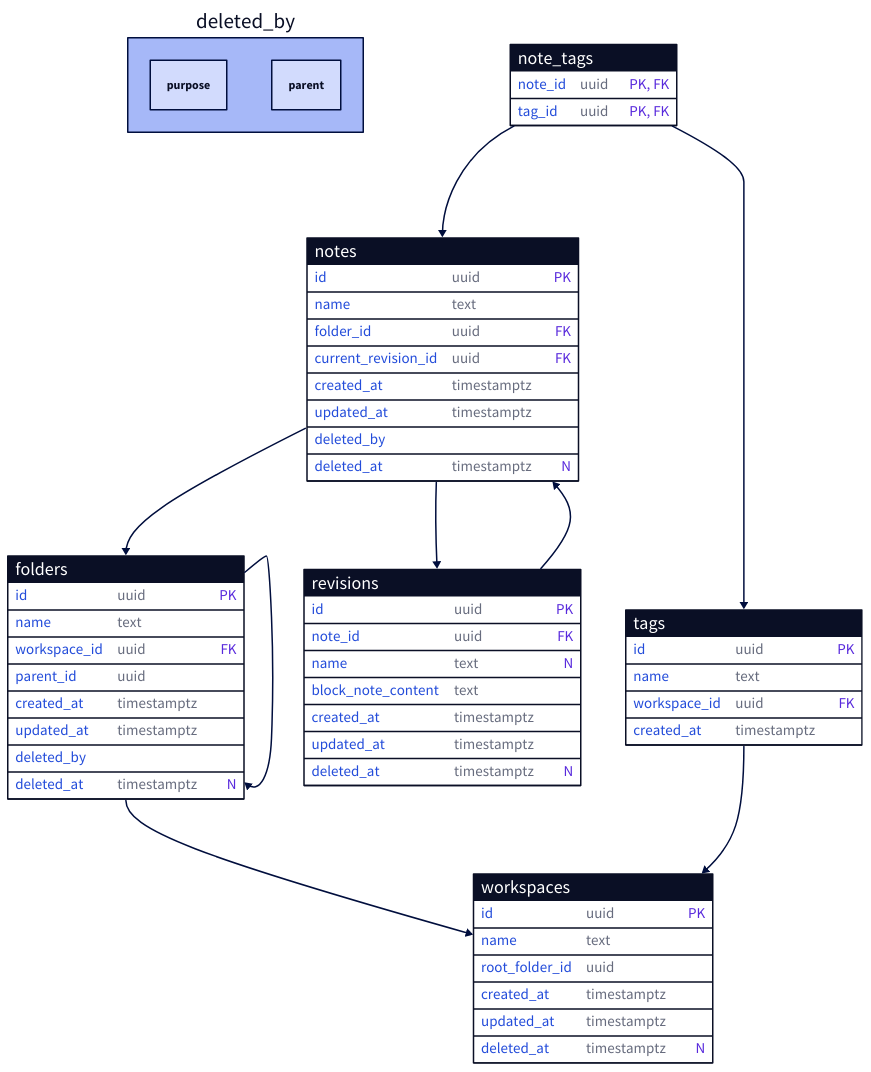
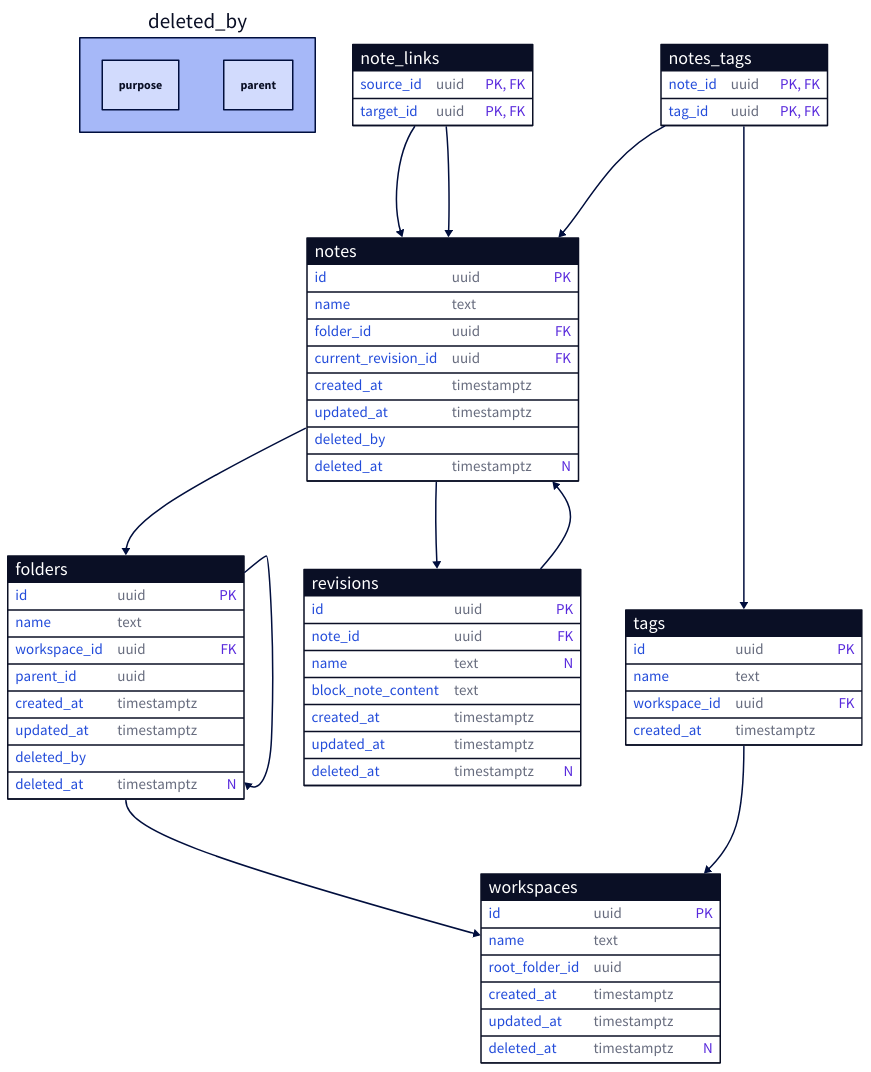
The first of 2 diagrams in docs/src/docs/database.md (notopia-uit/notopia), drawn with D2 before and after one commit. The commit also changed 1 other file, not shown here.

Commit message:
fix(docs): note should only store the outgoing link

````diff
--- a/docs/src/docs/database.md
+++ b/docs/src/docs/database.md
@@ -60,6 +60,13 @@
   shape: sql_table
 }
 
+note_links: {
+  source_id: uuid {constraint: PK, FK}
+  target_id: uuid {constraint: PK, FK}
+
+  shape: sql_table
+}
+
 tags: {
   id: uuid {constraint: PK}
   name: text
@@ -69,7 +76,7 @@
   shape: sql_table
 }
 
-note_tags: {
+notes_tags: {
   note_id: uuid {constraint: PK, FK}
   tag_id: uuid {constraint: PK, FK}
 
@@ -91,9 +98,11 @@
 folders.workspace_id -> workspaces.id
 folders.parent_id -> folders.id
 notes.folder_id -> folders.id
+note_links.source_id -> notes.id
+note_links.target_id -> notes.id
 notes.current_revision_id -> revisions.id
 tags.workspace_id -> workspaces.id
-note_tags.note_id -> notes.id
-note_tags.tag_id -> tags.id
+notes_tags.note_id -> notes.id
+notes_tags.tag_id -> tags.id
 revisions.note_id -> notes.id
 ```
````
